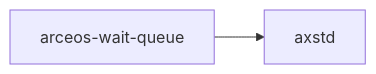
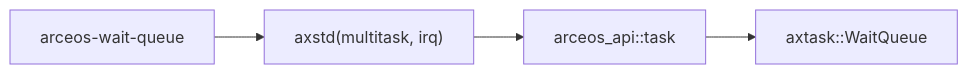
The second of 2 diagrams in docs/crates/arceos-wait-queue.md (rcore-os/tgoskits), drawn with Mermaid before and after one commit. The commit also changed other lines of this file and 99 other files, not shown here.

````diff
--- a/docs/crates/arceos-wait-queue.md
+++ b/docs/crates/arceos-wait-queue.md
@@ -32,5 +76,6 @@
 ```mermaid
 graph LR
-    current["arceos-wait-queue"]
-    current --> axstd["axstd"]
+    test["arceos-wait-queue"] --> axstd["axstd(multitask, irq)"]
+    axstd --> arceos_api["arceos_api::task"]
+    arceos_api --> axtask["axtask::WaitQueue"]
 ```
````
